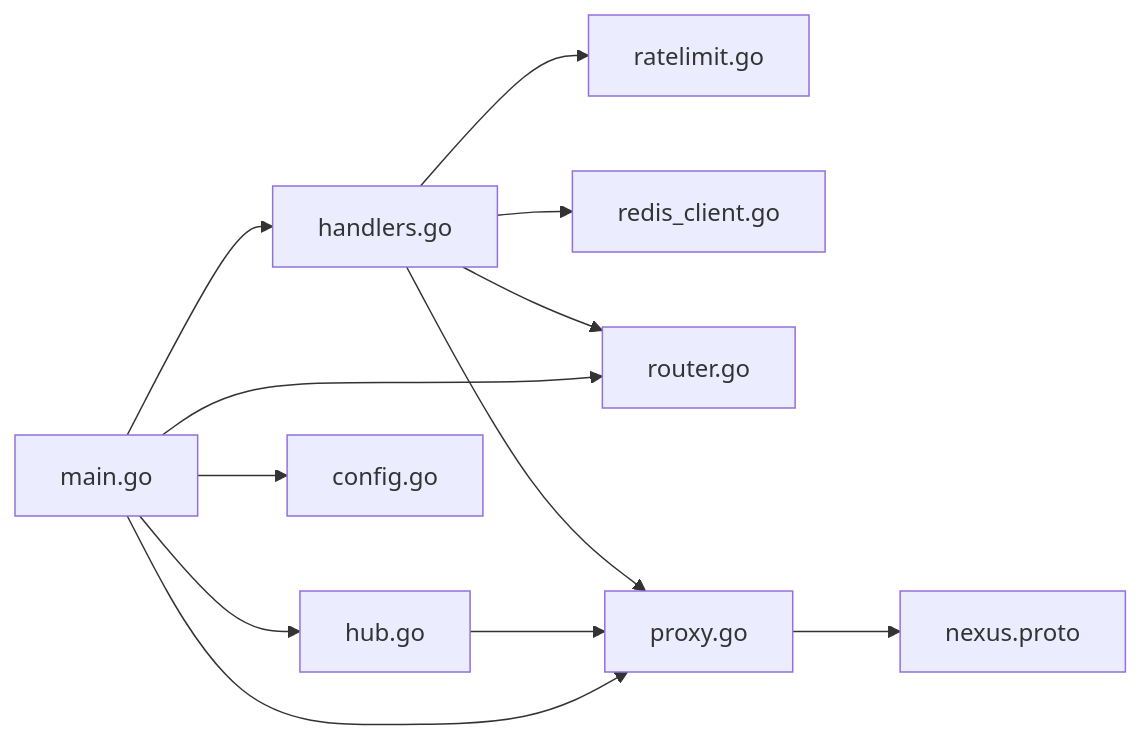
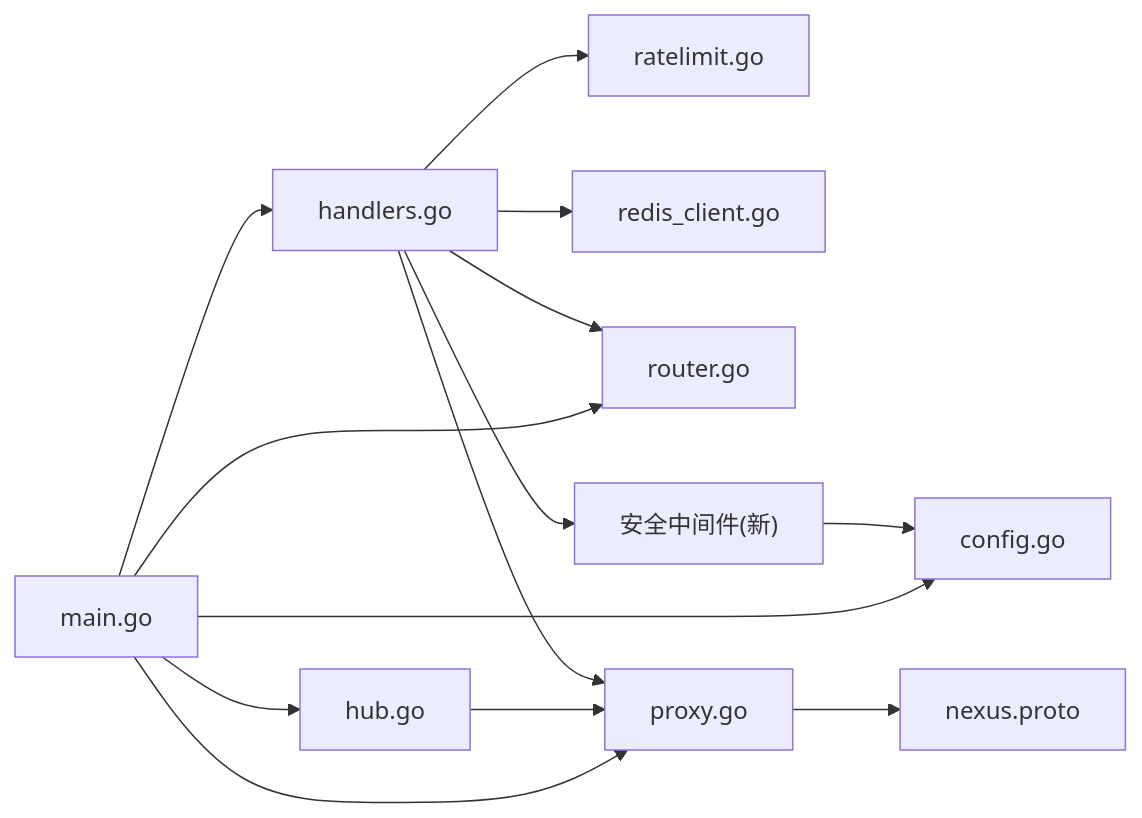
One commit to zmdhdu/NexusCockpit changed the ninth of 9 diagrams in .qoder/repowiki/zh/content/系统架构设计/微服务架构设计/API网关服务设计.md. Above: the diagram before and after it, drawn with Mermaid. The commit also changed other lines of this file and 21 other files, not shown here.

````diff
--- a/.qoder/repowiki/zh/content/系统架构设计/微服务架构设计/API网关服务设计.md
+++ b/.qoder/repowiki/zh/content/系统架构设计/微服务架构设计/API网关服务设计.md
@@ -367,14 +391,16 @@
 ```mermaid
 graph LR
 Handlers["handlers.go"] --> Ratelimit["ratelimit.go"]
 Handlers --> Redis["redis_client.go"]
 Handlers --> Router["router.go"]
 Handlers --> Proxy["proxy.go"]
+Handlers --> SecMiddleware["安全中间件(新)"]
+SecMiddleware --> Config["config.go"]
 Proxy --> Proto["nexus.proto"]
 WS["hub.go"] --> Proxy
-Main["main.go"] --> Config["config.go"]
+Main["main.go"] --> Config
 Main --> Handlers
 Main --> Router
 Main --> Proxy
 Main --> WS
 ```
````
